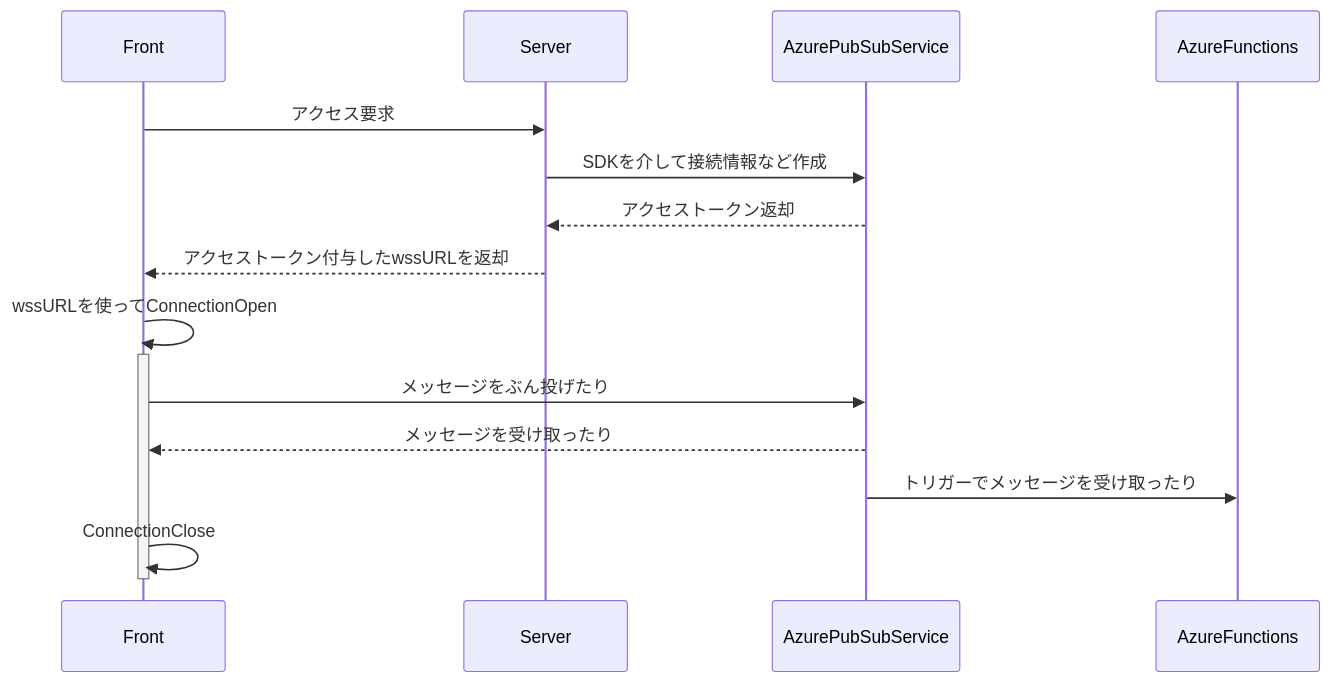
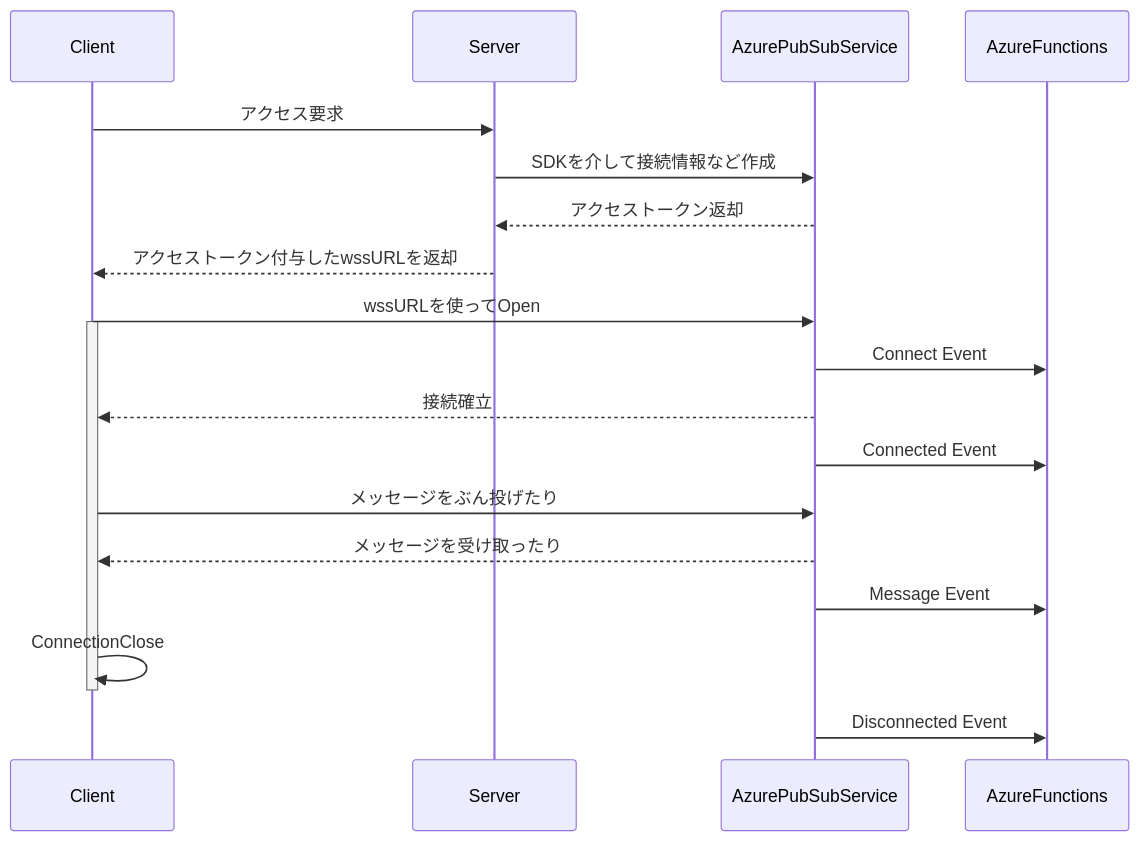
One commit to Takas0522/dotnetlab-2021-june changed the diagram in front/flow.md. Above: the diagram before and after it, drawn with Mermaid. The commit also changed 2 other files, not shown here.

Commit message:
発表終わり

````diff
--- a/front/flow.md
+++ b/front/flow.md
@@ -1,14 +1,18 @@
 ``` mermaid
 sequenceDiagram
-    Front->>Server: アクセス要求
+    Client->>Server: アクセス要求
     Server->>AzurePubSubService: SDKを介して接続情報など作成
     AzurePubSubService-->>Server: アクセストークン返却
-    Server-->>Front: アクセストークン付与したwssURLを返却
-    Front->>Front: wssURLを使ってConnectionOpen
-    activate Front
-    Front->>AzurePubSubService: メッセージをぶん投げたり
-    AzurePubSubService-->>Front: メッセージを受け取ったり
-    AzurePubSubService->>AzureFunctions:トリガーでメッセージを受け取ったり
-    Front->>Front: ConnectionClose
-    deactivate Front
+    Server-->>Client: アクセストークン付与したwssURLを返却
+    Client->>AzurePubSubService: wssURLを使ってOpen
+    activate Client
+    AzurePubSubService->>AzureFunctions: Connect Event
+    AzurePubSubService-->>Client: 接続確立
+    AzurePubSubService->>AzureFunctions: Connected Event
+    Client->>AzurePubSubService: メッセージをぶん投げたり
+    AzurePubSubService-->>Client: メッセージを受け取ったり
+    AzurePubSubService->>AzureFunctions:Message Event
+    Client->>Client: ConnectionClose
+    deactivate Client
+    AzurePubSubService->>AzureFunctions: Disconnected Event
 ```
````
